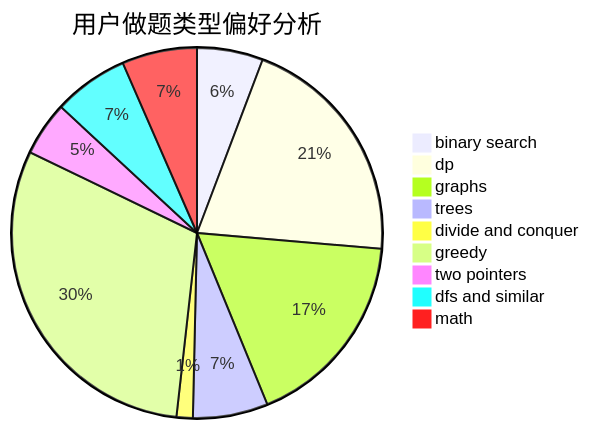
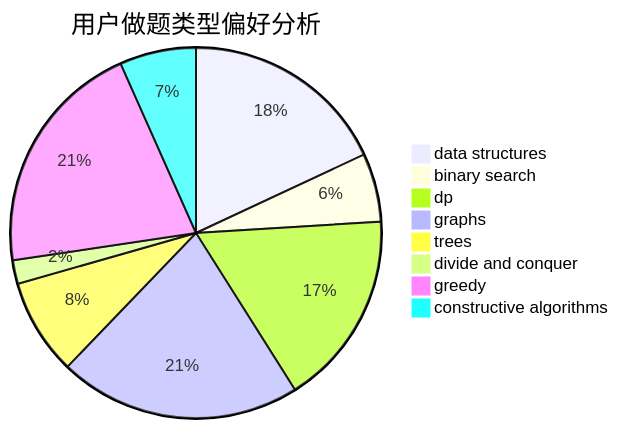
Before and after one commit to sherpahu/cfrs.github.io: the second of 3 diagrams in docs/user/u1279.md, drawn with Mermaid. The commit also changed other lines of this file and 2775 other files, not shown here.

````diff
--- a/docs/user/u1279.md
+++ b/docs/user/u1279.md
@@ -23,12 +23,11 @@
 ```mermaid
 pie title 用户做题类型偏好分析
-    "binary search" :  73
-    "dp" :  261
-    "graphs" :  221
-    "trees" :  83
+    "data structures" :  157
+    "binary search" :  52
+    "dp" :  148
+    "graphs" :  184
+    "trees" :  73
     "divide and conquer" :  18
-    "greedy" :  385
-    "two pointers" :  60
-    "dfs and similar" :  83
-    "math" :  83
+    "greedy" :  180
+    "constructive algorithms" :  58
 ```
````
